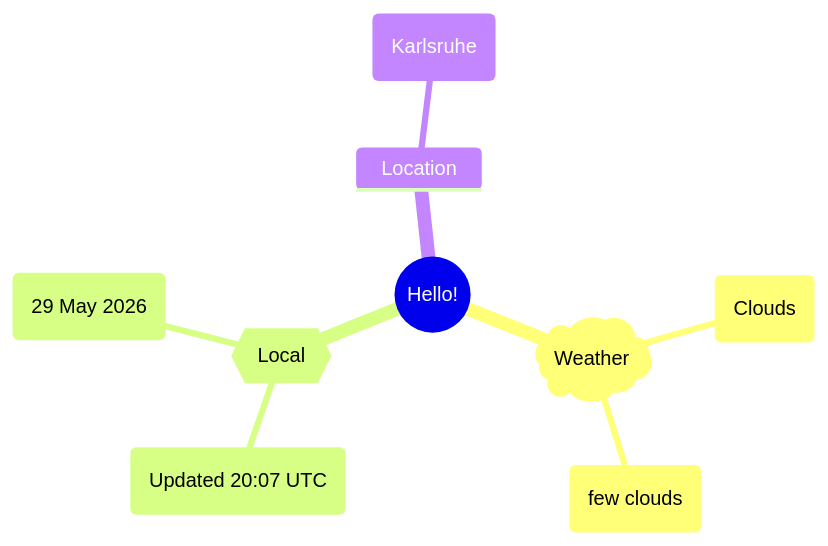
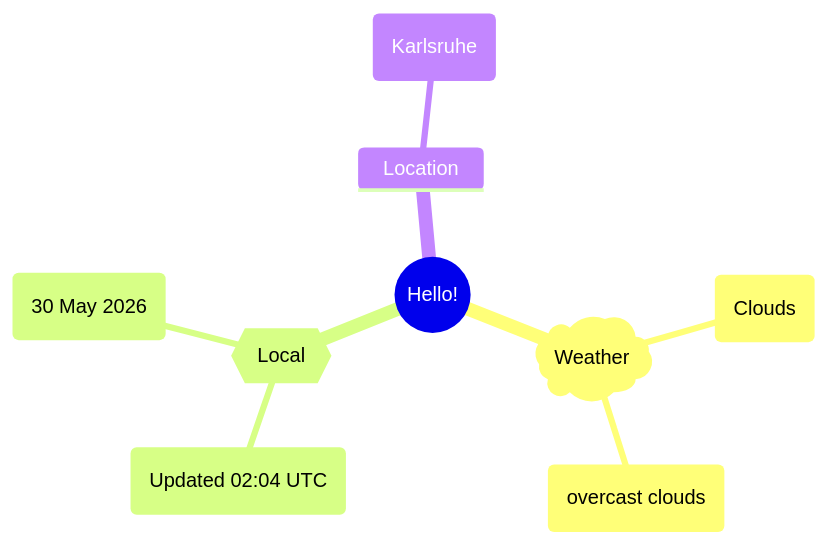
Before and after one commit to Xosrov/Xosrov: the first of 2 diagrams in README.md, drawn with Mermaid.

Commit message:
[bot] updated images

````diff
--- a/README.md
+++ b/README.md
@@ -3,12 +3,12 @@
 ```mermaid
 mindmap
   root((Hello!))
     )Weather(
         (Clouds)
-        (few clouds)
+        (overcast clouds)
     {{Local}}
-        (Updated 20:07 UTC)
-        (29 May 2026)
+        (Updated 02:04 UTC)
+        (30 May 2026)
     Location
         (Karlsruhe)
 ```
````
